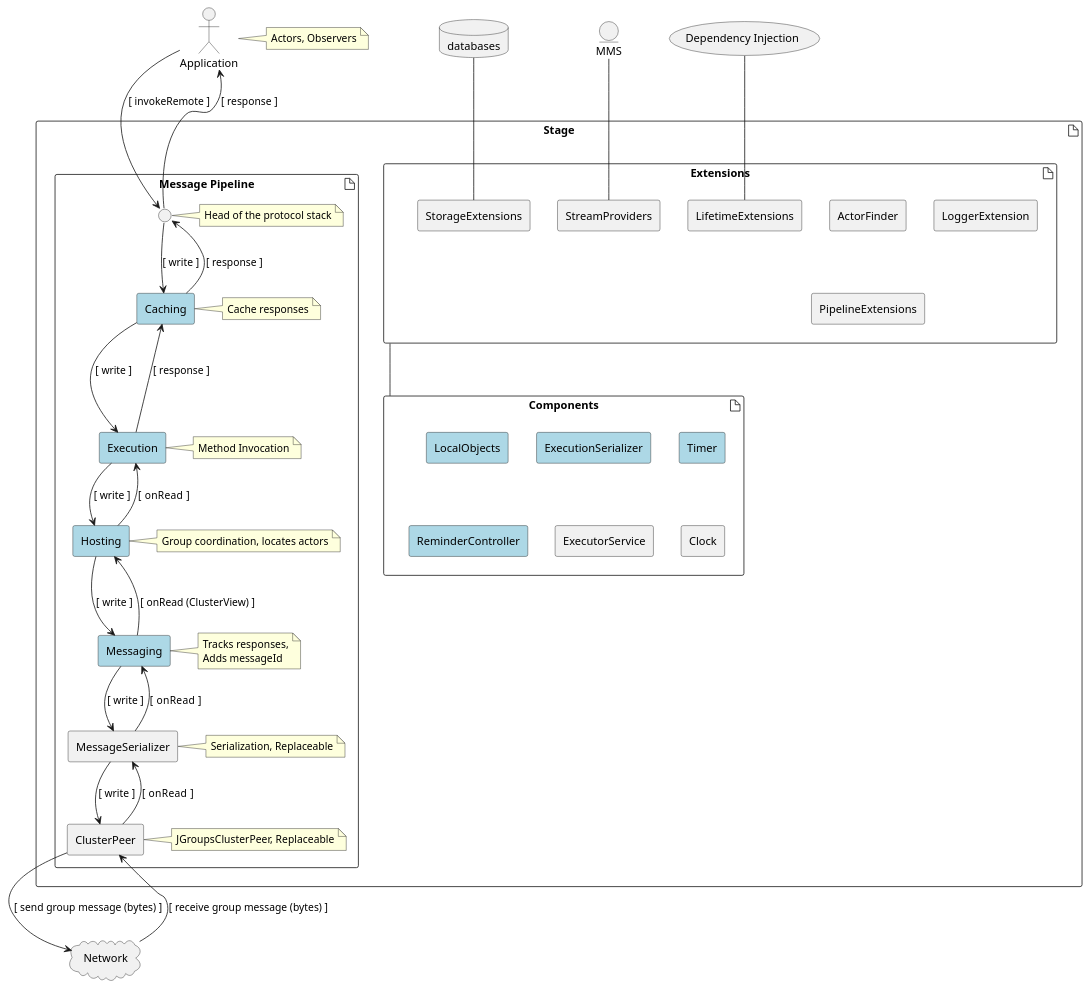
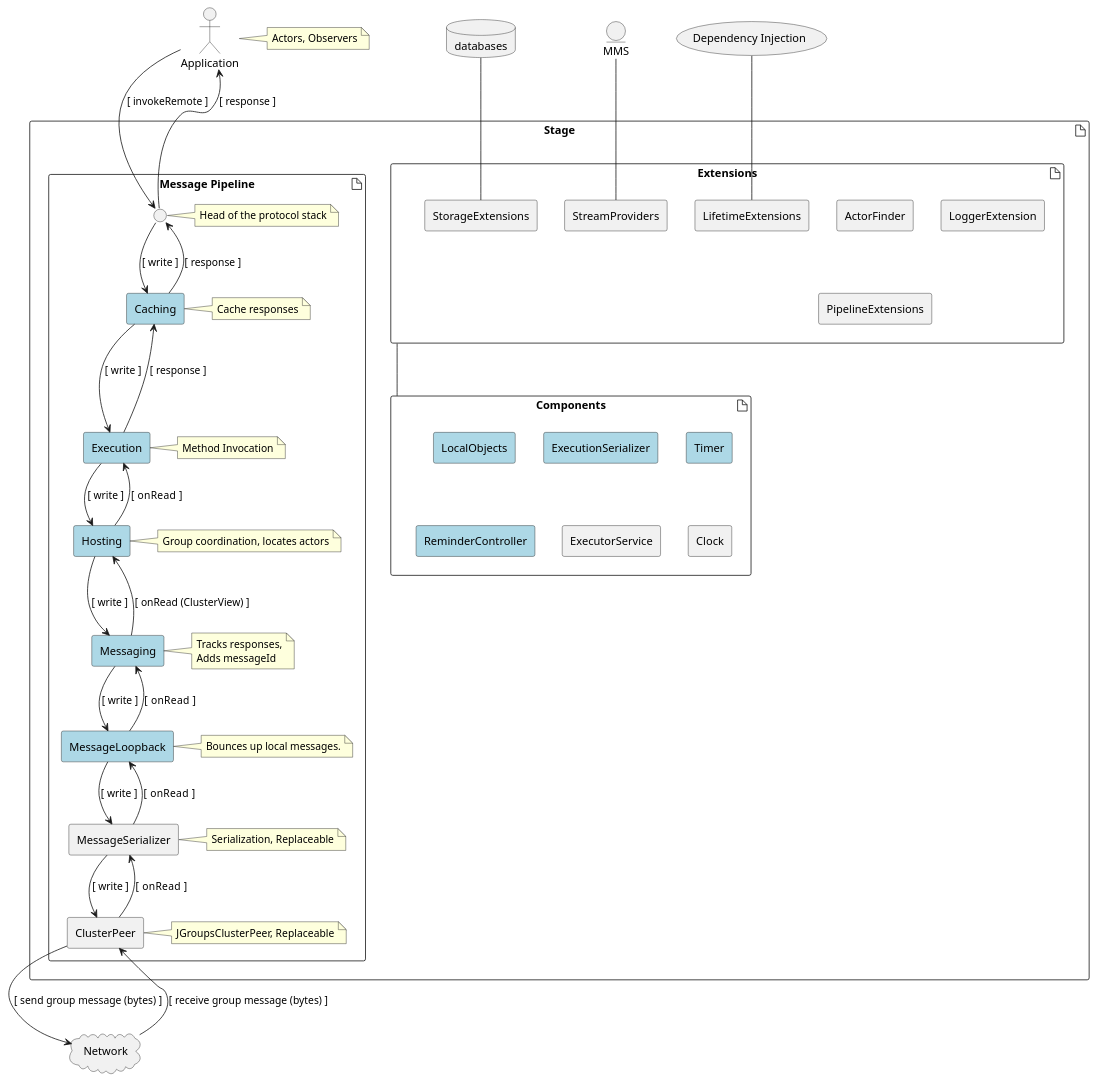
One commit to orbit/orbit changed the diagram in actors/stage/src/main/java/com/ea/orbit/actors/runtime/stagePipeline.puml. Above: the diagram before and after it, drawn with PlantUML.

Commit message:
Updating the stage pipeline documentation.

```diff
--- a/actors/stage/src/main/java/com/ea/orbit/actors/runtime/stagePipeline.puml
+++ b/actors/stage/src/main/java/com/ea/orbit/actors/runtime/stagePipeline.puml
@@ -1,74 +1,78 @@
 @startuml
 
 actor Application
 note right of Application : Actors, Observers
 
 database databases
 entity MMS
 usecase "Dependency Injection" as DependencyInjection
 artifact Stage {
     artifact "Message Pipeline" as MessagePipeline  {
         interface " " as Head
         note right of Head : Head of the protocol stack
         agent Caching #LightBlue
         agent Execution #LightBlue
         agent Hosting #LightBlue
+        agent MessageLoopback #LightBlue
         agent Messaging #LightBlue
         agent MessageSerializer
         agent ClusterPeer
         note right of Caching : Cache responses
         note right of Execution : Method Invocation
         note right of Messaging {
             Tracks responses,
             Adds messageId
         }
+        note right of MessageLoopback : Bounces up local messages.
         note right of MessageSerializer : Serialization, Replaceable
         note right of ClusterPeer : JGroupsClusterPeer, Replaceable
         note right of Hosting : Group coordination, locates actors
     }
     artifact "Components"  {
         agent LocalObjects #LightBlue
         agent ExecutionSerializer #LightBlue
         agent Timer #LightBlue
         agent ReminderController #LightBlue
         agent ExecutorService
         agent Clock
     }
     artifact "Extensions"  {
         agent ActorFinder
         agent LoggerExtension
         agent StreamProviders
         agent StorageExtensions
         agent PipelineExtensions
         agent LifetimeExtensions
     }
     Extensions -down-- Components
     ' MessagePipeline - PipelineExtensions
     databases -- StorageExtensions
     MMS -- StreamProviders
     DependencyInjection -- LifetimeExtensions
 '    note right of ActorFinder {
 '        can be used with containers
 '    }
 }
 cloud Network
 
 Application --> Head : [ invokeRemote ]
 Head --> Caching : [ write ]
 Caching --> Execution : [ write ]
 Execution --> Hosting  : [ write ]
 Hosting --> Messaging  : [ write ]
-Messaging --> MessageSerializer  : [ write ]
+Messaging --> MessageLoopback  : [ write ]
+MessageLoopback --> MessageSerializer  : [ write ]
 MessageSerializer --> ClusterPeer : [ write ]
 ClusterPeer --> Network : [ send group message (bytes) ]
 
 Network --> ClusterPeer : [ receive group message (bytes) ]
 ClusterPeer --> MessageSerializer : [ onRead  ]
-MessageSerializer --> Messaging  : [ onRead  ]
+MessageSerializer --> MessageLoopback  : [ onRead  ]
+MessageLoopback --> Messaging  : [ onRead  ]
 Hosting --> Execution  : [ onRead  ]
 Messaging --> Hosting  : [ onRead (ClusterView) ]
 Execution --> Caching : [ response ]
 Caching --> Head : [ response ]
 Head --> Application : [ response ]
 
 @enduml
```
